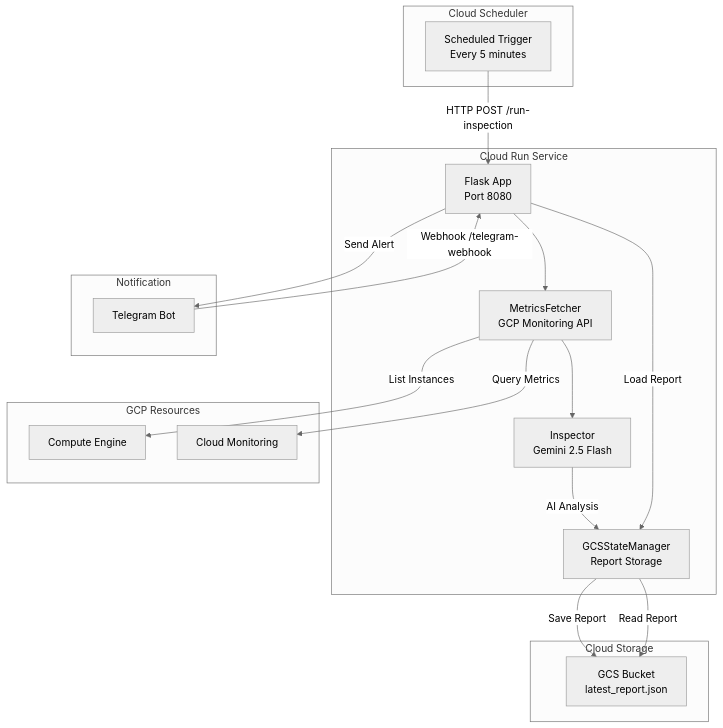
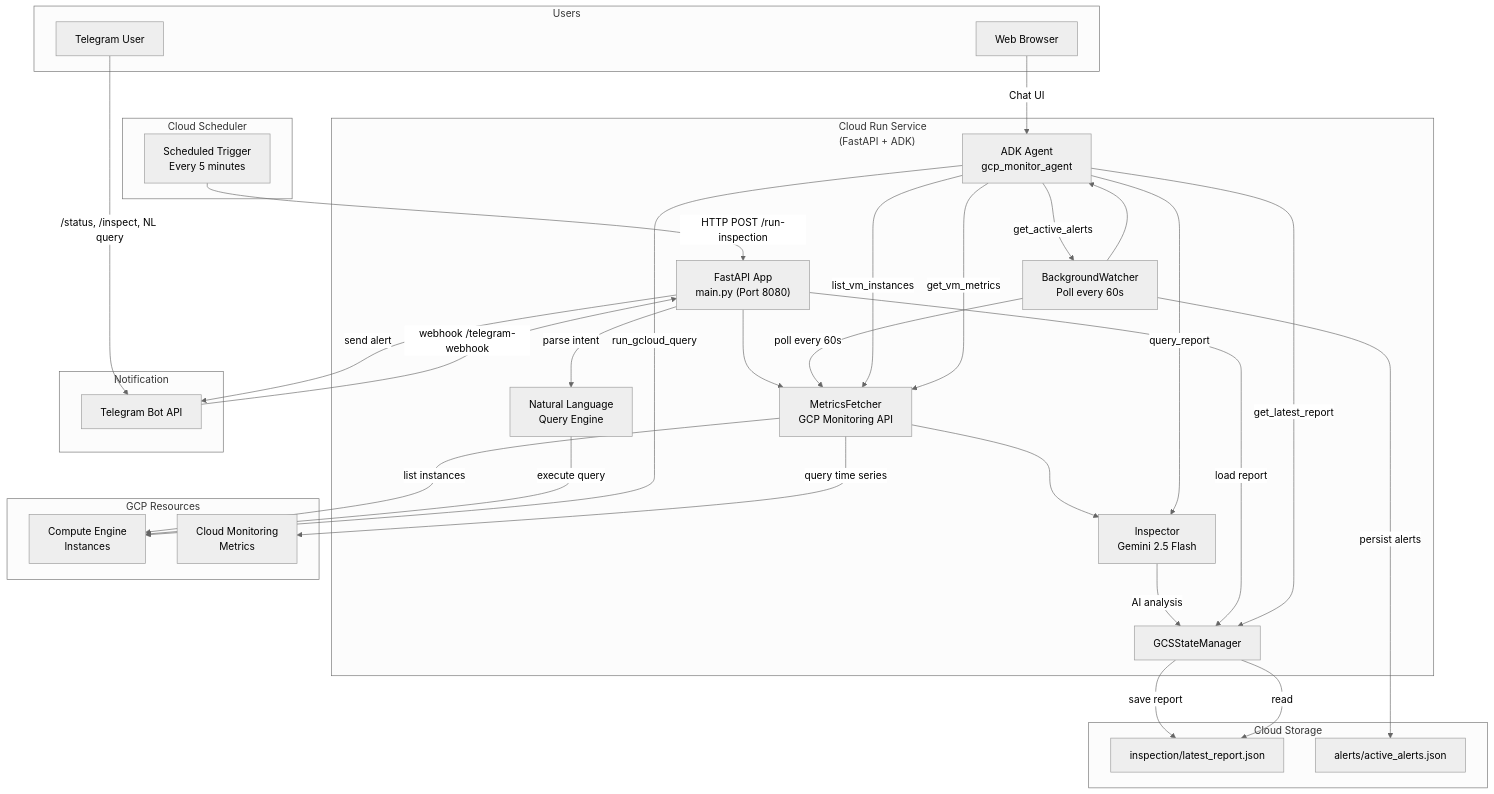
Before and after one commit to Winson-030/2026-monitor-agent: the first of 2 diagrams in README.md, drawn with Mermaid (neutral theme). The commit also changed other lines of this file and 3 other files, not shown here.

````diff
--- a/README.md
+++ b/README.md
@@ -39,39 +49,63 @@
 ```mermaid
 flowchart TB
     subgraph Scheduler["Cloud Scheduler"]
         CS["Scheduled Trigger<br/>Every 5 minutes"]
     end
 
-    subgraph CloudRun["Cloud Run Service"]
-        Flask["Flask App<br/>Port 8080"]
+    subgraph Users["Users"]
+        TG_User["Telegram User"]
+        WEB_User["Web Browser"]
+    end
+
+    subgraph CloudRun["Cloud Run Service<br/>(FastAPI + ADK)"]
+        app["FastAPI App<br/>main.py (Port 8080)"]
+        ADK["ADK Agent<br/>gcp_monitor_agent"]
         Fetcher["MetricsFetcher<br/>GCP Monitoring API"]
+        Watcher["BackgroundWatcher<br/>Poll every 60s"]
         Inspector["Inspector<br/>Gemini 2.5 Flash"]
-        StateMgr["GCSStateManager<br/>Report Storage"]
+        StateMgr["GCSStateManager"]
+        NLQuery["Natural Language<br/>Query Engine"]
     end
 
     subgraph GCP["GCP Resources"]
-        GCE["Compute Engine"]
-        Monitor["Cloud Monitoring"]
+        GCE["Compute Engine<br/>Instances"]
+        Monitor["Cloud Monitoring<br/>Metrics"]
     end
 
     subgraph Storage["Cloud Storage"]
-        GCS["GCS Bucket<br/>latest_report.json"]
+        GCS_Report["inspection/latest_report.json"]
+        GCS_Alerts["alerts/active_alerts.json"]
     end
 
     subgraph Notification["Notification"]
-        TG["Telegram Bot"]
+        TG["Telegram Bot API"]
     end
 
-    CS -->|HTTP POST /run-inspection| Flask
-    Flask --> Fetcher
-    Fetcher -->|List Instances| GCE
-    Fetcher -->|Query Metrics| Monitor
+    CS -->|"HTTP POST /run-inspection"| app
+    app --> Fetcher
+    Fetcher -->|"list instances"| GCE
+    Fetcher -->|"query time series"| Monitor
     Fetcher --> Inspector
-    Inspector -->|AI Analysis| StateMgr
-    StateMgr -->|Save Report| GCS
-    Flask -->|Send Alert| TG
+    Inspector -->|"AI analysis"| StateMgr
+    StateMgr -->|"save report"| GCS_Report
+    app -->|"send alert"| TG
 
-    TG -->|Webhook /telegram-webhook| Flask
-    Flask -->|Load Report| StateMgr
-    StateMgr -->|Read Report| GCS
+    Watcher -->|"poll every 60s"| Fetcher
+    Watcher -->|"persist alerts"| GCS_Alerts
+    Watcher --> ADK
+
+    TG_User -->|"/status, /inspect, NL query"| TG
+    TG -->|"webhook /telegram-webhook"| app
+    app -->|"parse intent"| NLQuery
+    NLQuery -->|"execute query"| GCE
+    app -->|"load report"| StateMgr
+    StateMgr -->|"read"| GCS_Report
+
+    WEB_User -->|"Chat UI"| ADK
+    ADK -->|"list_vm_instances"| Fetcher
+    ADK -->|"get_vm_metrics"| Fetcher
+    ADK -->|"get_latest_report"| StateMgr
+    ADK -->|"get_active_alerts"| Watcher
+    ADK -->|"run_gcloud_query"| GCE
+    ADK -->|"query_report"| Inspector
 ```
````
